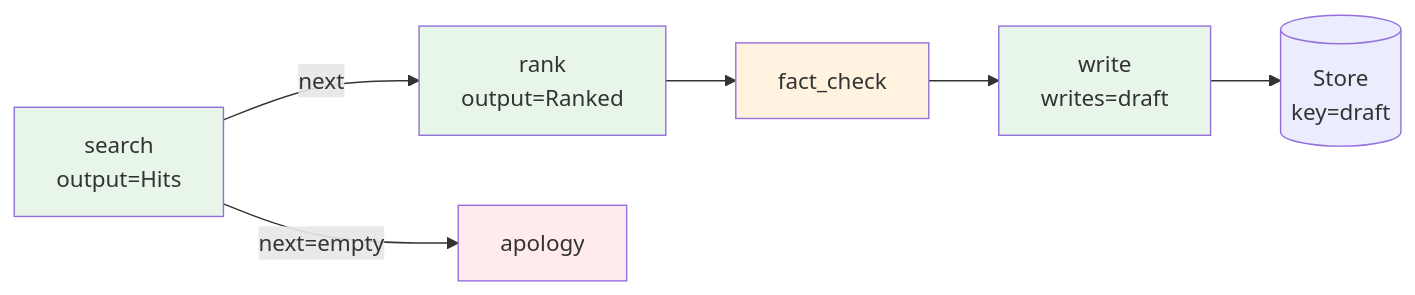
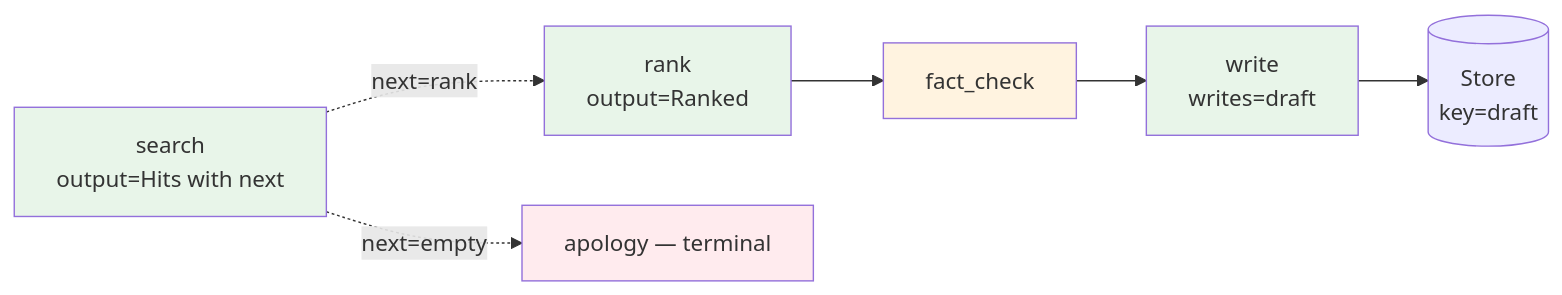
One commit to selvaz/LazyBridge changed the diagram in docs/guides/plan.md. Above: the diagram before and after it, drawn with Mermaid. The commit also changed other lines of this file and 4 other files, not shown here.

````diff
--- a/docs/guides/plan.md
+++ b/docs/guides/plan.md
@@ -55,13 +56,13 @@
 ```mermaid
 flowchart LR
-    A[search\noutput=Hits] -->|next| B[rank\noutput=Ranked]
-    A -->|next=empty| F[apology]
+    A[search\noutput=Hits with next] -.->|next=rank| B[rank\noutput=Ranked]
+    A -.->|next=empty| F[apology — terminal]
     B --> C[fact_check]
     C --> D[write\nwrites=draft]
     D --> E[(Store\nkey=draft)]
     style A fill:#e8f5e9
     style B fill:#e8f5e9
     style C fill:#fff3e0
     style D fill:#e8f5e9
     style F fill:#ffebee
 ```
````
